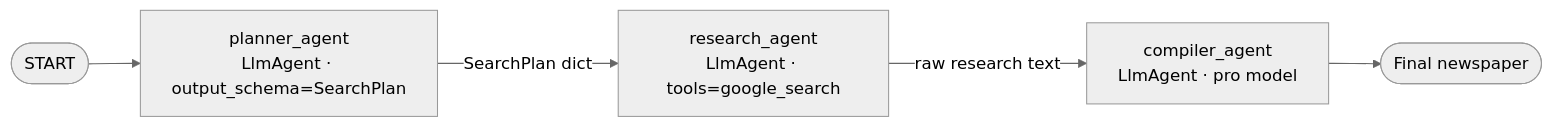
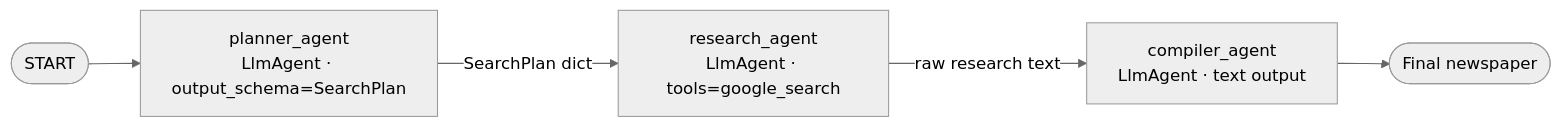
One commit to LuisSala/agent-workshop changed the diagram in modules/02-agent-orchestration/README.md. Above: the diagram before and after it, drawn with Mermaid (neutral theme). The commit also changed other lines of this file and 17 other files, not shown here.

````diff
--- a/modules/02-agent-orchestration/README.md
+++ b/modules/02-agent-orchestration/README.md
@@ -22,7 +22,7 @@
 ```mermaid
 flowchart LR
     START([START]) --> P[planner_agent<br/>LlmAgent · output_schema=SearchPlan]
     P -->|SearchPlan dict| R[research_agent<br/>LlmAgent · tools=google_search]
-    R -->|raw research text| C[compiler_agent<br/>LlmAgent · pro model]
+    R -->|raw research text| C[compiler_agent<br/>LlmAgent · text output]
     C --> END([Final newspaper])
 ```
````
